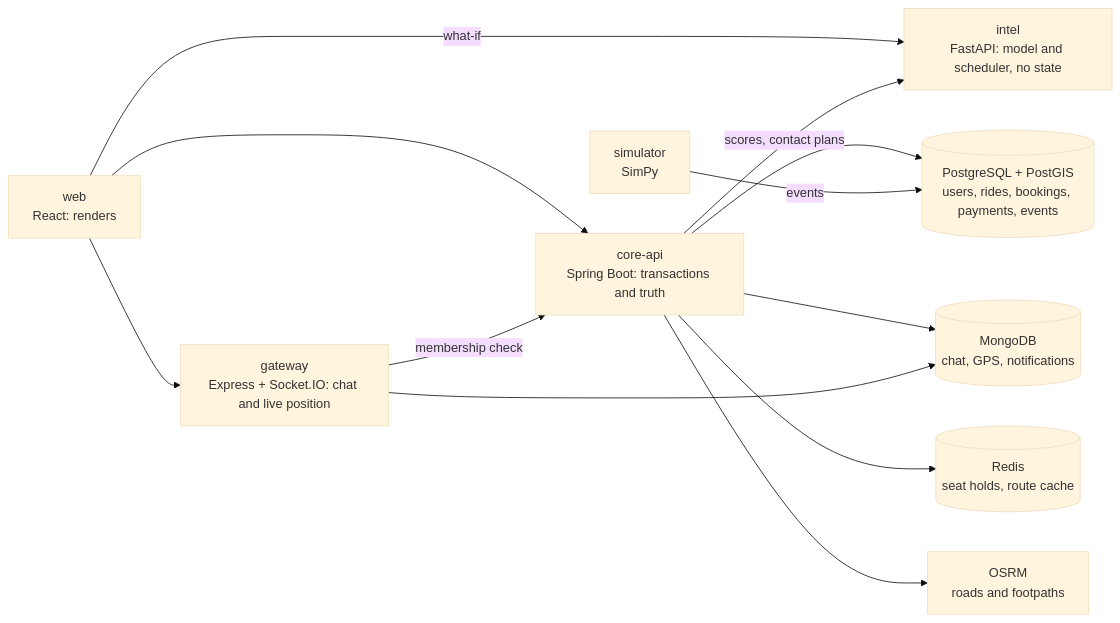
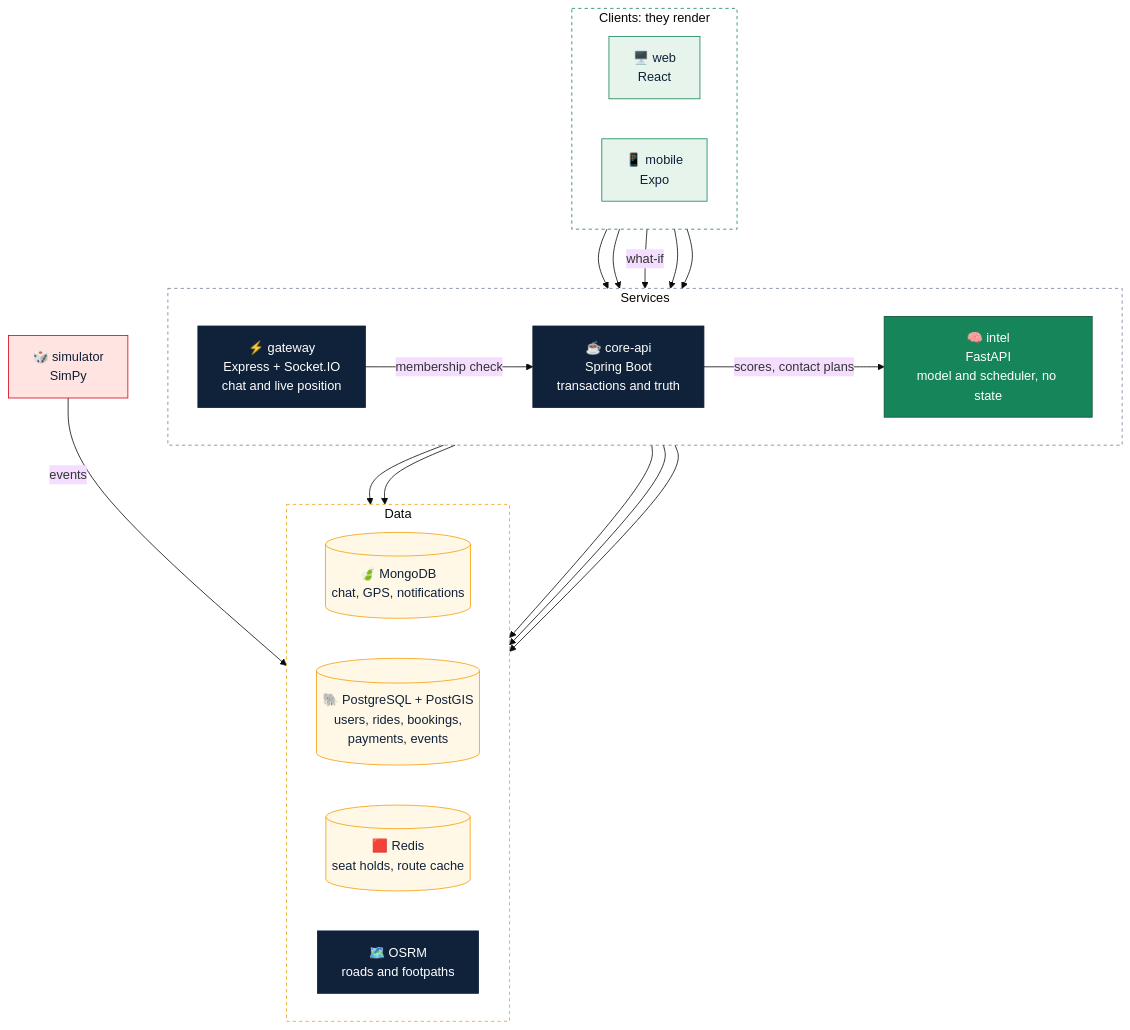
The first of 2 diagrams in README.md (techhmandall-sys/VAYORA_MEGAPROJECT), drawn with Mermaid (base theme) before and after one commit. The commit also changed other lines of this file and 52 other files, not shown here.

````diff
--- a/README.md
+++ b/README.md
@@ -171,23 +565,49 @@
 ```mermaid
-flowchart LR
-  web["web<br/>React: renders"]
-  core["core-api<br/>Spring Boot: transactions and truth"]
-  intel["intel<br/>FastAPI: model and scheduler, no state"]
-  gw["gateway<br/>Express + Socket.IO: chat and live position"]
-  pg[("PostgreSQL + PostGIS<br/>users, rides, bookings, payments, events")]
-  mongo[("MongoDB<br/>chat, GPS, notifications")]
-  redis[("Redis<br/>seat holds, route cache")]
-  osrm["OSRM<br/>roads and footpaths"]
-  sim["simulator<br/>SimPy"]
+flowchart TB
+  subgraph clients["Clients: they render"]
+    direction LR
+    web["🖥️ web<br/>React"]
+    mobile["📱 mobile<br/>Expo"]
+  end
+  subgraph services["Services"]
+    direction LR
+    gw["⚡ gateway<br/>Express + Socket.IO<br/>chat and live position"]
+    core["☕ core-api<br/>Spring Boot<br/>transactions and truth"]
+    intel["🧠 intel<br/>FastAPI<br/>model and scheduler, no state"]
+  end
+  subgraph stores["Data"]
+    direction LR
+    mongo[("🍃 MongoDB<br/>chat, GPS, notifications")]
+    pg[("🐘 PostgreSQL + PostGIS<br/>users, rides, bookings,<br/>payments, events")]
+    redis[("🟥 Redis<br/>seat holds, route cache")]
+    osrm["🗺️ OSRM<br/>roads and footpaths"]
+  end
+  sim["🎲 simulator<br/>SimPy"]
   web --> core
   web --> gw
   web -->|what-if| intel
+  mobile --> core
+  mobile --> gw
   core -->|scores, contact plans| intel
   gw -->|membership check| core
   core --> pg
   core --> mongo
   core --> redis
   core --> osrm
   gw --> mongo
   sim -->|events| pg
+
+  classDef ui fill:#E6F4EC,stroke:#16865A,color:#10213A
+  classDef svc fill:#10213A,stroke:#10213A,color:#FFFFFF
+  classDef ai fill:#16865A,stroke:#0B5035,color:#FFFFFF
+  classDef store fill:#FFF8E6,stroke:#F59E0B,color:#10213A
+  classDef research fill:#FFE4E2,stroke:#D70015,color:#10213A
+  class web,mobile ui
+  class core,gw,osrm svc
+  class intel ai
+  class pg,mongo,redis store
+  class sim research
+  style clients fill:transparent,stroke:#16865A,stroke-dasharray:4 4
+  style services fill:transparent,stroke:#718096,stroke-dasharray:4 4
+  style stores fill:transparent,stroke:#F59E0B,stroke-dasharray:4 4
 ```
````
